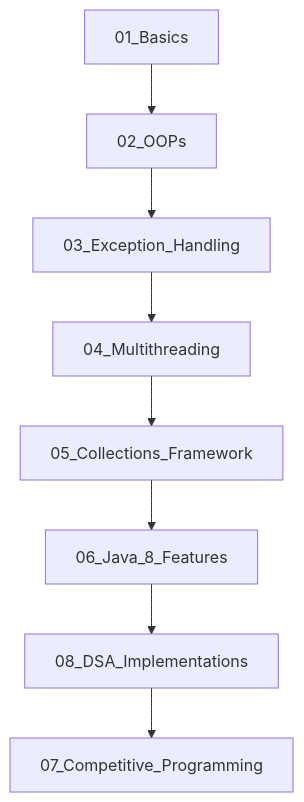
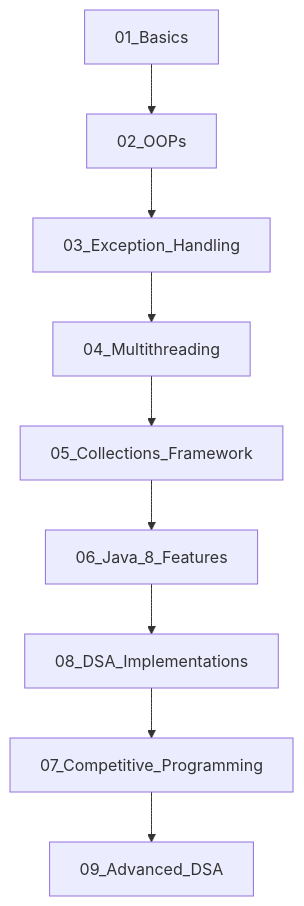
Before and after one commit to kausikhussain/ZeroToElite: the diagram in README.md, drawn with Mermaid. The commit also changed other lines of this file and 3 other files, not shown here.

Commit message:
docs: update progress tracker, roadmap, and root index for Advanced DSA progression

````diff
--- a/README.md
+++ b/README.md
@@ -14,10 +14,11 @@
 ```mermaid
 graph TD
     A[01_Basics] --> B[02_OOPs]
     B --> C[03_Exception_Handling]
     C --> D[04_Multithreading]
     D --> E[05_Collections_Framework]
     E --> F[06_Java_8_Features]
     F --> H[08_DSA_Implementations]
     H --> G[07_Competitive_Programming]
+    G --> I[09_Advanced_DSA]
 ```
````
